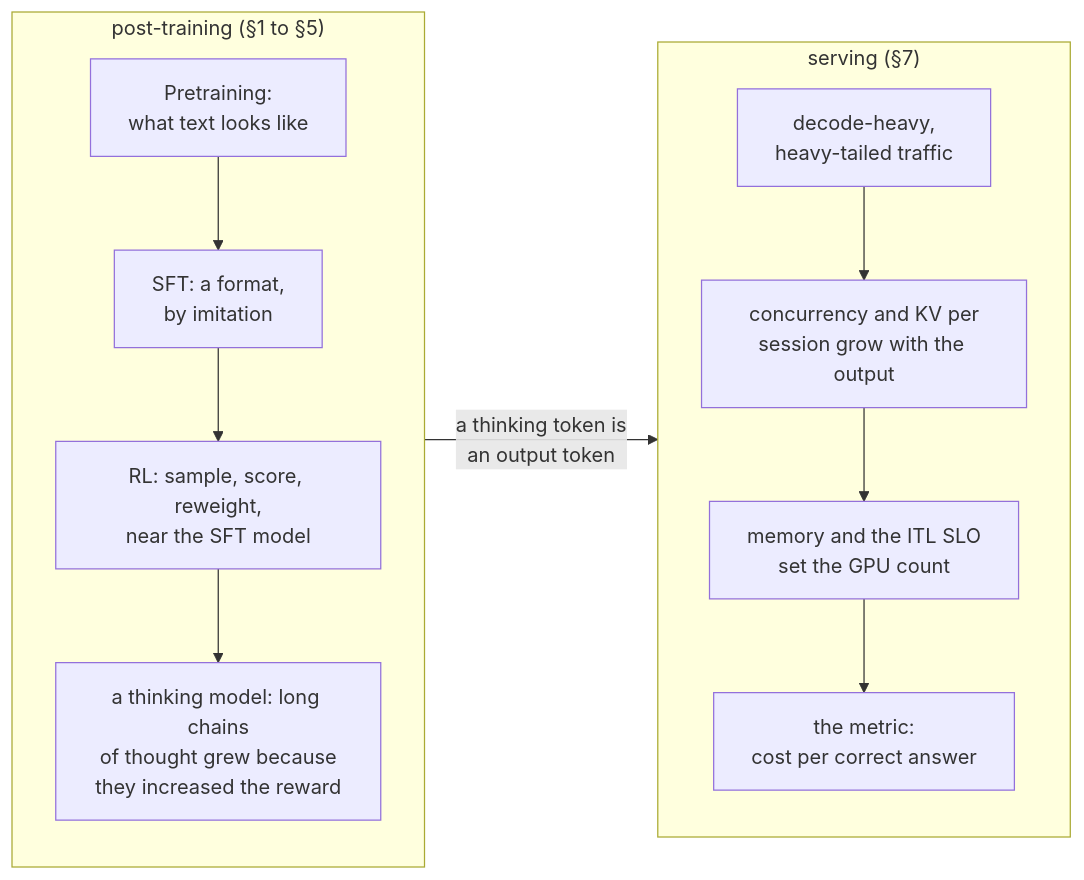
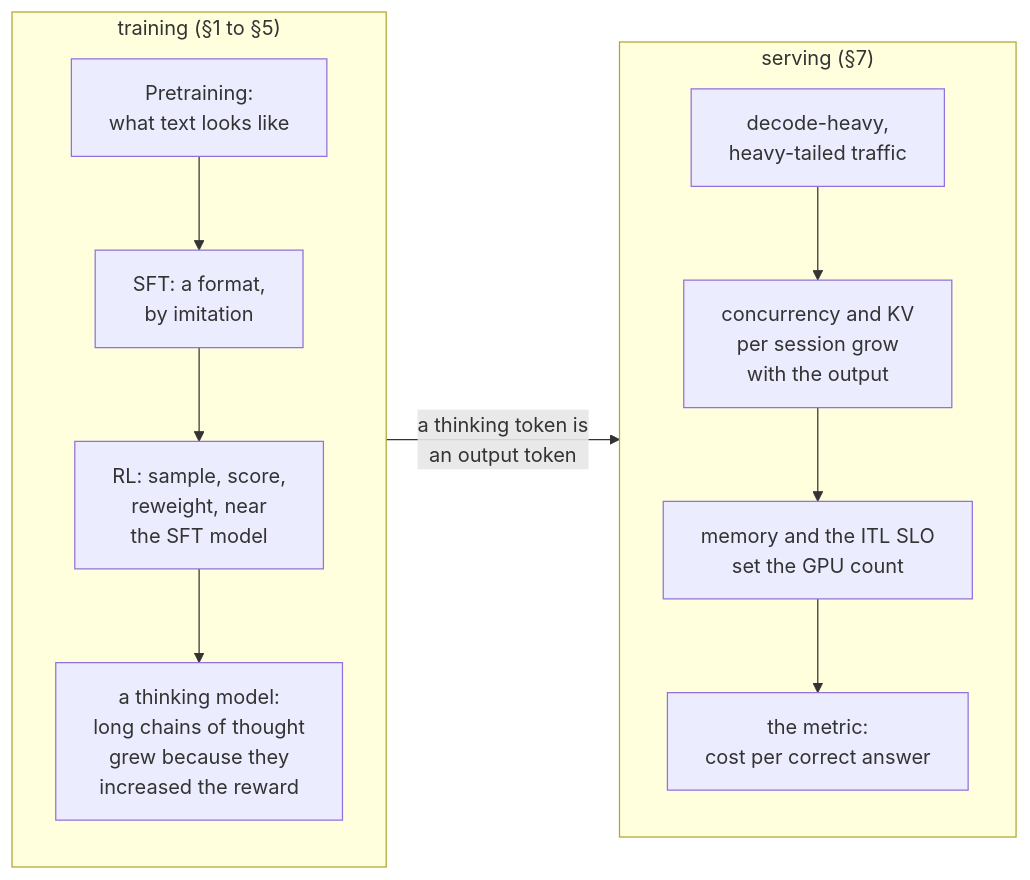
Before and after one commit to aniryou/full-stack-agentic-engineer: the first of 3 diagrams in 00-foundations/rl-and-thinking-models/PRIMER.md, drawn with Mermaid. The commit also changed other lines of this file and 39 other files, not shown here.

````diff
--- a/00-foundations/rl-and-thinking-models/PRIMER.md
+++ b/00-foundations/rl-and-thinking-models/PRIMER.md
@@ -59,16 +59,16 @@
 ```mermaid
 flowchart LR
-  subgraph train ["post-training (§1 to §5)"]
+  subgraph train ["training (§1 to §5)"]
     direction TB
     P["Pretraining:<br/>what text looks like"] --> S["SFT: a format,<br/>by imitation"]
-    S --> R["RL: sample, score, reweight,<br/>near the SFT model"]
-    R --> T["a thinking model: long chains<br/>of thought grew because<br/>they increased the reward"]
+    S --> R["RL: sample, score,<br/>reweight, near<br/>the SFT model"]
+    R --> T["a thinking model:<br/>long chains of thought<br/>grew because they<br/>increased the reward"]
   end
   subgraph serve ["serving (§7)"]
     direction TB
-    D["decode-heavy,<br/>heavy-tailed traffic"] --> C["concurrency and KV per<br/>session grow with the output"]
+    D["decode-heavy,<br/>heavy-tailed traffic"] --> C["concurrency and KV<br/>per session grow<br/>with the output"]
     C --> G["memory and the ITL SLO<br/>set the GPU count"]
     G --> M["the metric:<br/>cost per correct answer"]
   end
   train -->|"a thinking token is<br/>an output token"| serve
 ```
````
